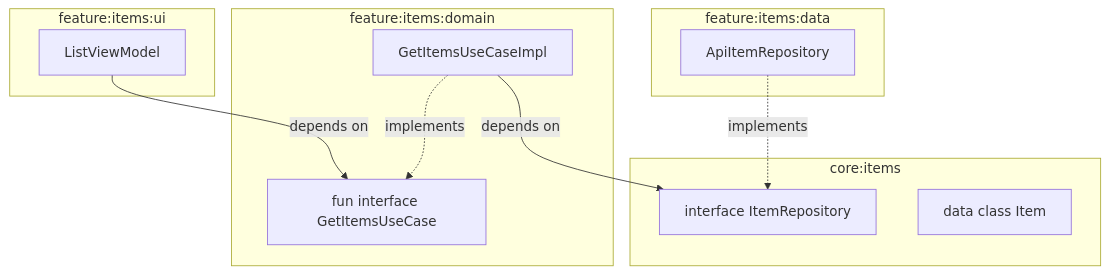
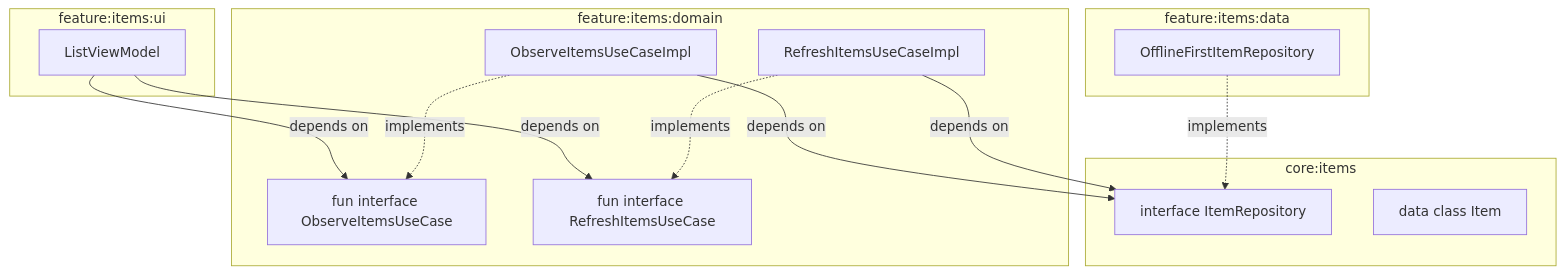
Before and after one commit to Ashanen/Castociasto: the ninth of 13 diagrams in README.md, drawn with Mermaid. The commit also changed other lines of this file and 54 other files, not shown here.

First line of the commit message:
Add offline-first architecture with Room, event bus, and Compose testTag E2E support

````diff
--- a/README.md
+++ b/README.md
@@ -326,25 +478,30 @@
 ```mermaid
 graph TB
     subgraph "feature:items:ui"
         LVM[ListViewModel]
     end
 
     subgraph "feature:items:domain"
-        GIU[fun interface GetItemsUseCase]
-        GIUI[GetItemsUseCaseImpl]
+        OIU[fun interface ObserveItemsUseCase]
+        OIUI[ObserveItemsUseCaseImpl]
+        RIU[fun interface RefreshItemsUseCase]
+        RIUI[RefreshItemsUseCaseImpl]
     end
 
     subgraph "feature:items:data"
-        AIR[ApiItemRepository]
+        OFR[OfflineFirstItemRepository]
     end
 
     subgraph "core:items"
         IR[interface ItemRepository]
         IM[data class Item]
     end
 
-    LVM -->|depends on| GIU
-    GIUI -.->|implements| GIU
-    GIUI -->|depends on| IR
-    AIR -.->|implements| IR
+    LVM -->|depends on| OIU
+    LVM -->|depends on| RIU
+    OIUI -.->|implements| OIU
+    RIUI -.->|implements| RIU
+    OIUI -->|depends on| IR
+    RIUI -->|depends on| IR
+    OFR -.->|implements| IR
 ```
````
